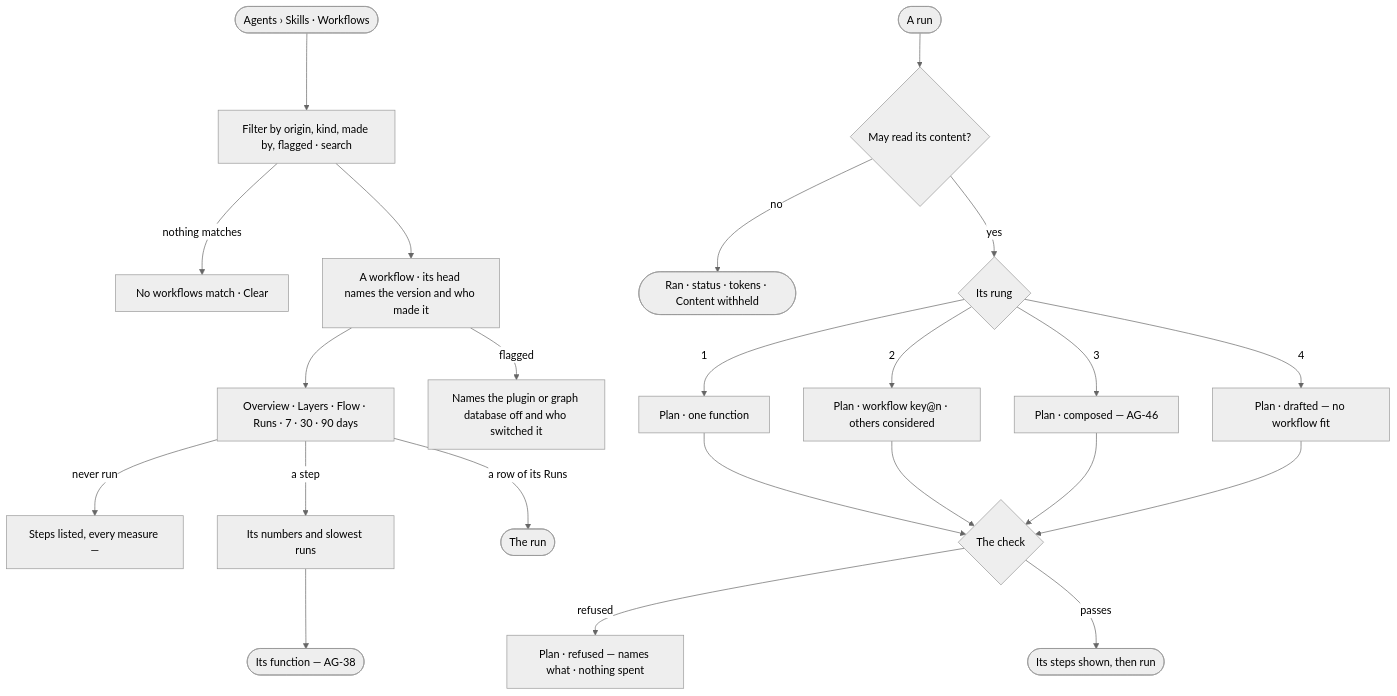
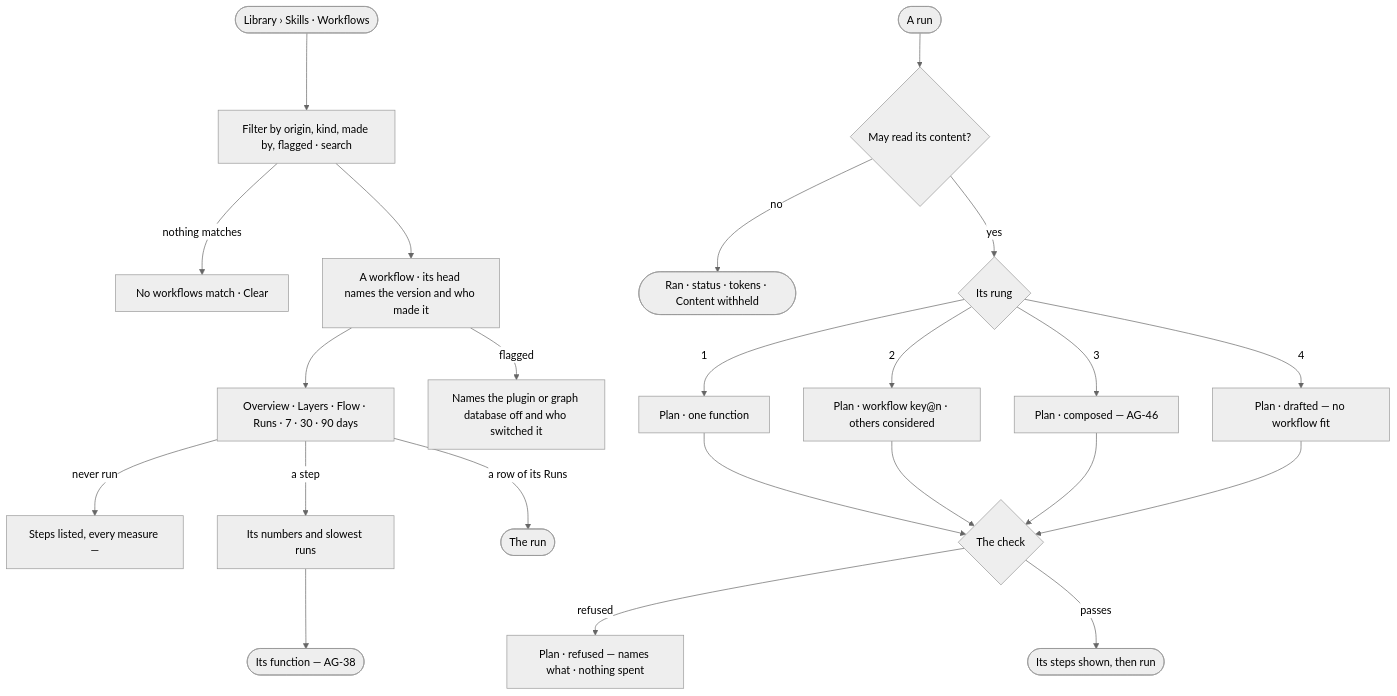
Before and after one commit to invana/invana: the diagram in specs/capabilities/agents/features/AG-F06-plans-and-workflows/stories/AG-18-find-a-plan-and-read-how-it-behaves/story.md, drawn with Mermaid (neutral theme). The commit also changed other lines of this file and 106 other files, not shown here.

````diff
--- a/specs/capabilities/agents/features/AG-F06-plans-and-workflows/stories/AG-18-find-a-plan-and-read-how-it-behaves/story.md
+++ b/specs/capabilities/agents/features/AG-F06-plans-and-workflows/stories/AG-18-find-a-plan-and-read-how-it-behaves/story.md
@@ -30,24 +30,24 @@
 ```mermaid
 flowchart TD
-  a([Agents › Skills · Workflows]) --> f["Filter by origin, kind, made by, flagged · search"]
+  a([Library › Skills · Workflows]) --> f["Filter by origin, kind, made by, flagged · search"]
   f -->|nothing matches| fx["No workflows match · Clear"]
   f --> p["A workflow · its head names the version and who made it"]
   p --> o["Overview · Layers · Flow · Runs · 7 · 30 · 90 days"]
   o -->|never run| nr["Steps listed, every measure —"]
   o -->|a step| st["Its numbers and slowest runs"] --> fn(["Its function — AG-38"])
   o -->|a row of its Runs| run(["The run"])
   p -->|flagged| fl["Names the plugin or graph database off and who switched it"]
   q([A run]) --> priv{"May read its content?"}
   priv -->|no| wh(["Ran · status · tokens · Content withheld"])
   priv -->|yes| ps{"Its rung"}
   ps -->|1| r1["Plan · one function"]
   ps -->|2| r2["Plan · workflow key@n · others considered"]
   ps -->|3| r3["Plan · composed — AG-46"]
   ps -->|4| r4["Plan · drafted — no workflow fit"]
   r1 --> chk{"The check"}
   r2 --> chk
   r3 --> chk
   r4 --> chk
   chk -->|refused| ref["Plan · refused — names what · nothing spent"]
   chk -->|passes| go(["Its steps shown, then run"])
 ```
````
